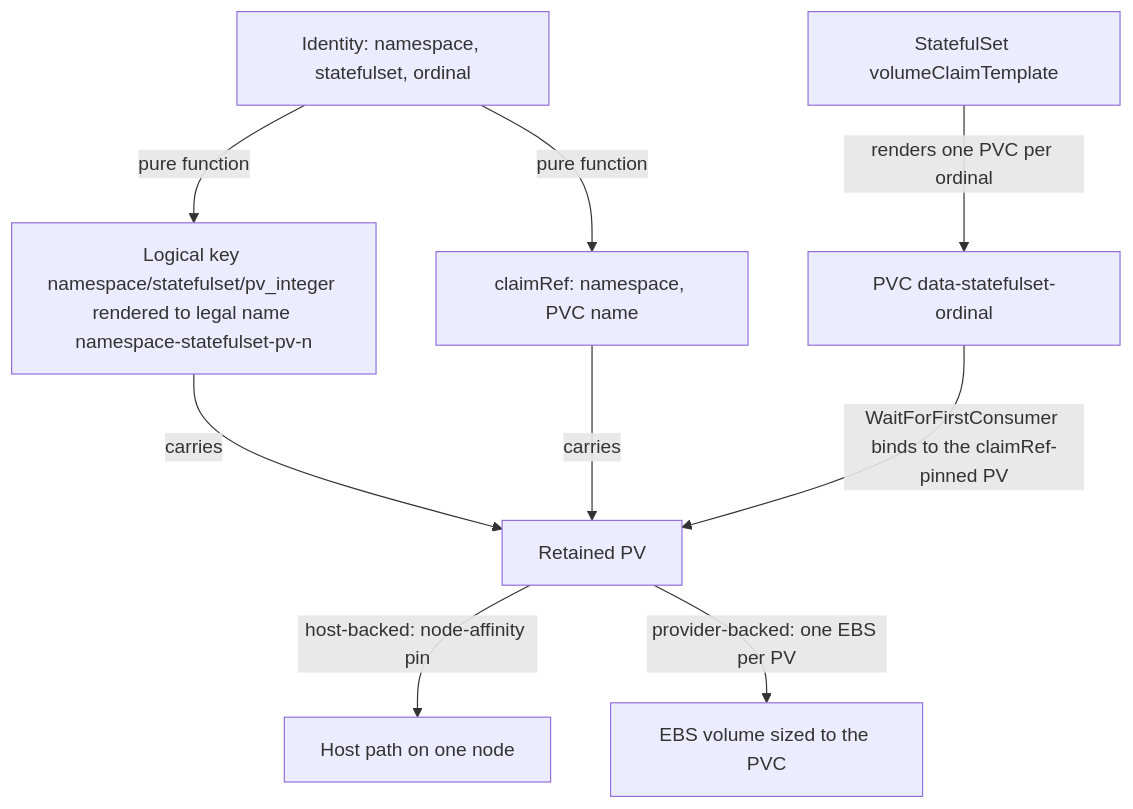
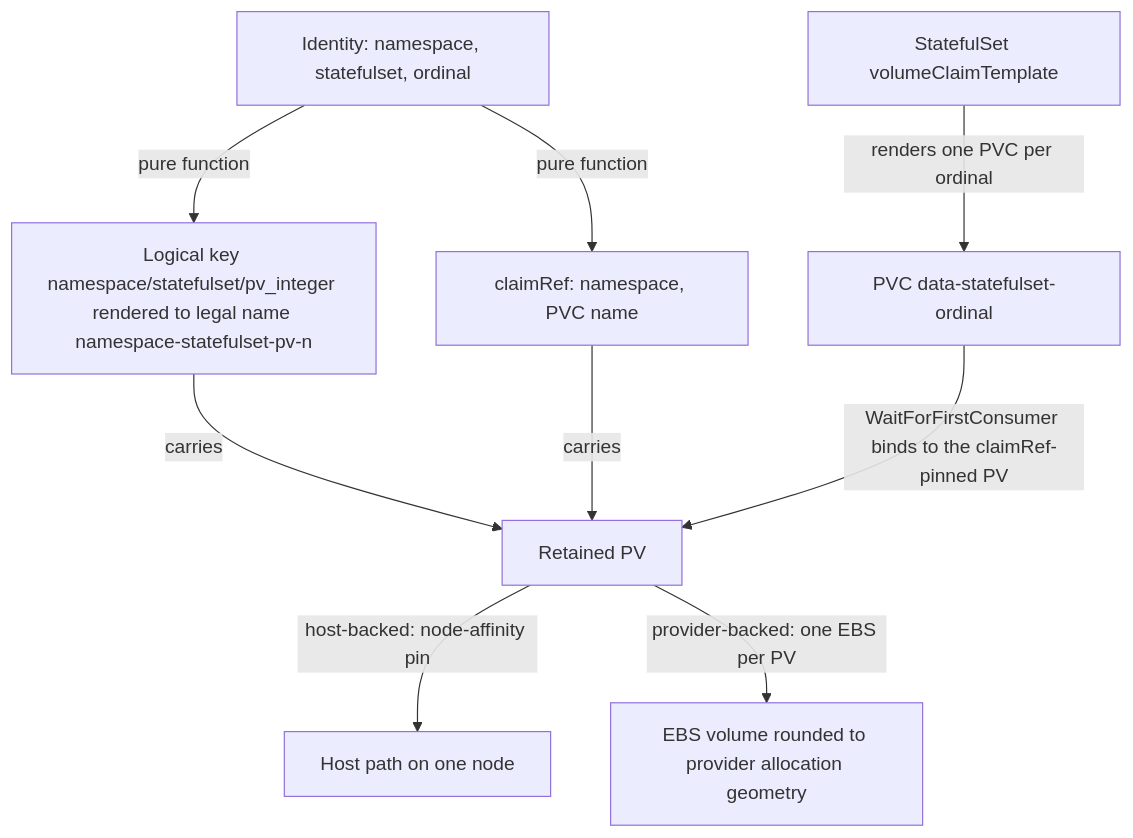
Before and after one commit to Tuee22/amoebius: the first of 2 diagrams in documents/engineering/storage_lifecycle_doctrine.md, drawn with Mermaid. The commit also changed other lines of this file and 87 other files, not shown here.

````diff
--- a/documents/engineering/storage_lifecycle_doctrine.md
+++ b/documents/engineering/storage_lifecycle_doctrine.md
@@ -133,11 +139,11 @@
 ```mermaid
 flowchart TD
   sts[StatefulSet volumeClaimTemplate] -->|renders one PVC per ordinal| pvc[PVC data-statefulset-ordinal]
   ident[Identity: namespace, statefulset, ordinal] -->|pure function| pvname[Logical key namespace/statefulset/pv_integer rendered to legal name namespace-statefulset-pv-n]
   ident -->|pure function| claimref[claimRef: namespace, PVC name]
   pvname -->|carries| pv[Retained PV]
   claimref -->|carries| pv
   pvc -->|WaitForFirstConsumer binds to the claimRef-pinned PV| pv
   pv -->|host-backed: node-affinity pin| host[Host path on one node]
-  pv -->|provider-backed: one EBS per PV| ebs[EBS volume sized to the PVC]
+  pv -->|provider-backed: one EBS per PV| ebs[EBS volume rounded to provider allocation geometry]
 ```
````
